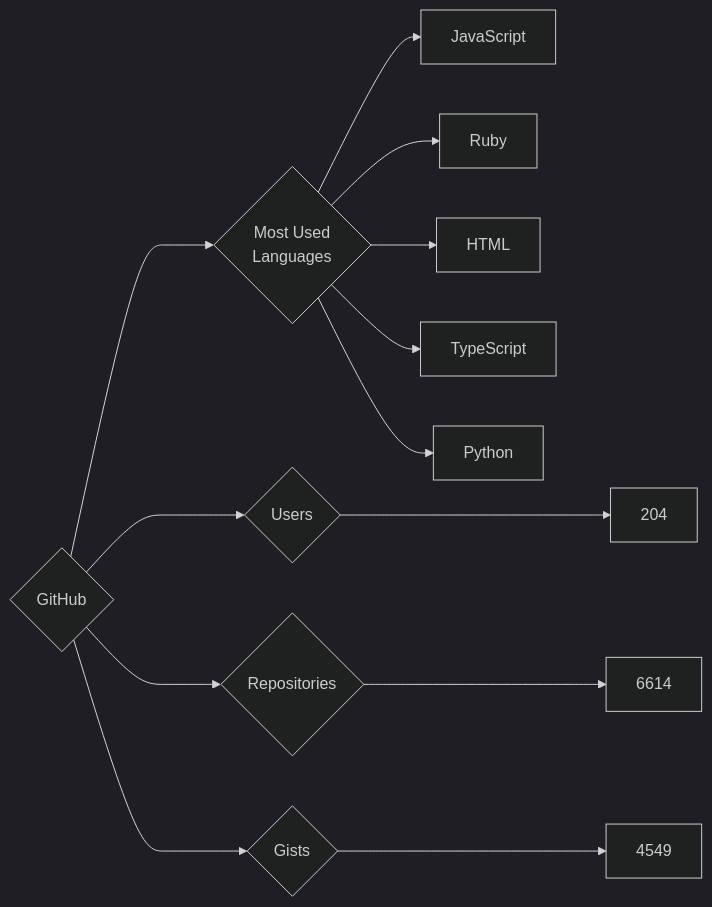
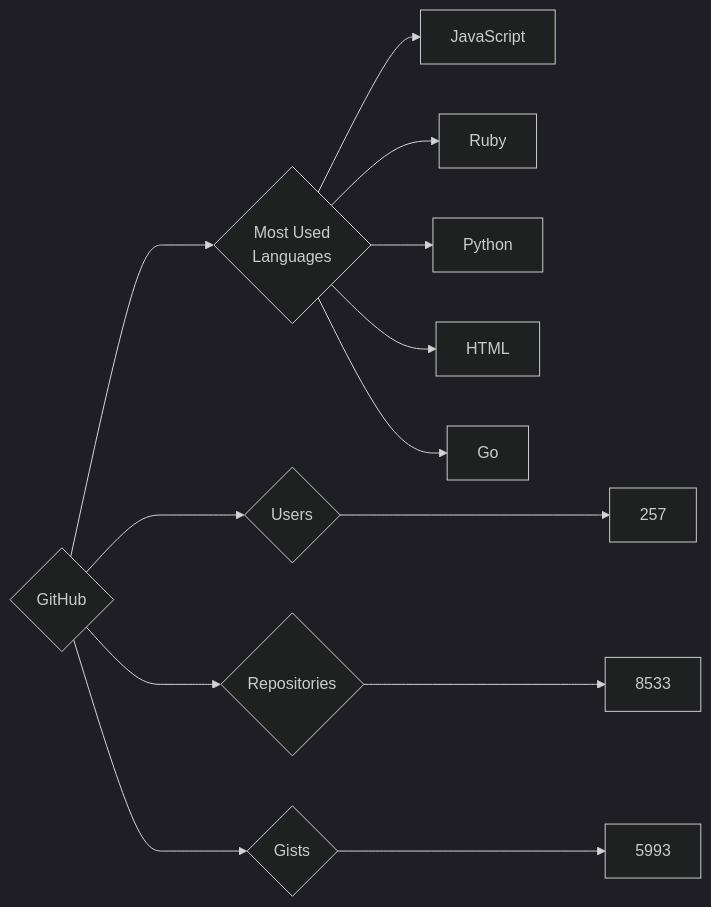
Before and after one commit to trickest/insiders: the diagram in targets/GitHub/README.md, drawn with Mermaid (dark theme). The commit also changed 782 other files, not shown here.

````diff
--- a/targets/GitHub/README.md
+++ b/targets/GitHub/README.md
@@ -3,13 +3,13 @@
 ```mermaid
 graph LR
 COMPANY_NAME{GitHub}
-COMPANY_NAME ---> U{Users} ---> UN[204]
-COMPANY_NAME ---> R{Repositories} ---> RN[6614]
-COMPANY_NAME ---> G{Gists} ---> GN[4549]
+COMPANY_NAME ---> U{Users} ---> UN[257]
+COMPANY_NAME ---> R{Repositories} ---> RN[8533]
+COMPANY_NAME ---> G{Gists} ---> GN[5993]
 COMPANY_NAME ---> ML{Most Used<br>Languages}
 ML --> JavaScript[JavaScript]
 ML --> Ruby[Ruby]
+ML --> Python[Python]
 ML --> HTML[HTML]
-ML --> TypeScript[TypeScript]
-ML --> Python[Python]
+ML --> Go[Go]
 ```
````
